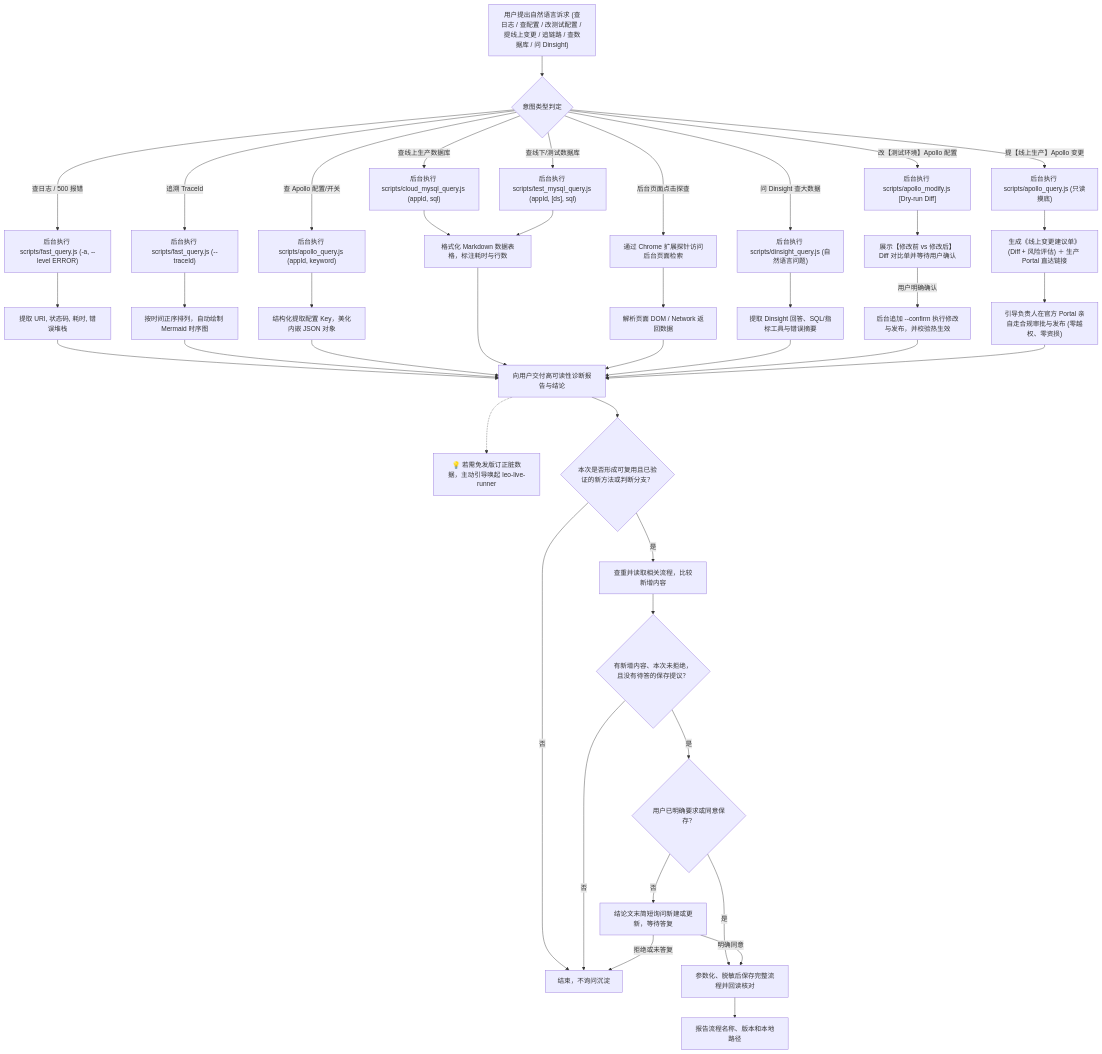
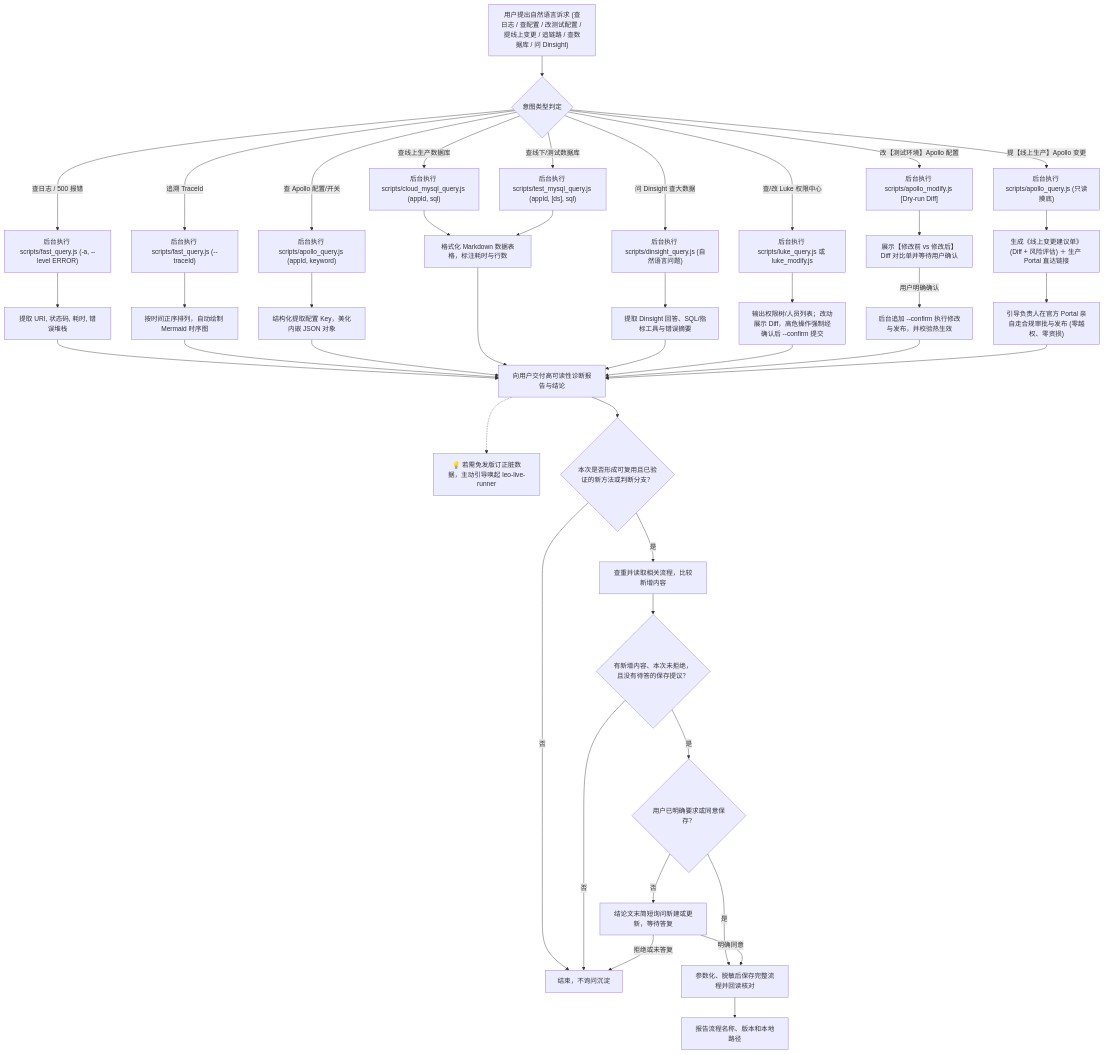
The diagram in skills/leo-live-inspector/SKILL.md (zlpawn/leo-live-runner), drawn with Mermaid before and after one commit. The commit also changed other lines of this file and 2 other files, not shown here.

````diff
--- a/skills/leo-live-inspector/SKILL.md
+++ b/skills/leo-live-inspector/SKILL.md
@@ -121,39 +120,39 @@
 ```mermaid
 flowchart TD
     A["用户提出自然语言诉求 (查日志 / 查配置 / 改测试配置 / 提线上变更 / 追链路 / 查数据库 / 问 Dinsight)"] --> B{"意图类型判定"}
     
     B -->|"查日志 / 500 报错"| C1["后台执行 scripts/fast_query.js (-a, --level ERROR)"]
     B -->|"追溯 TraceId"| C2["后台执行 scripts/fast_query.js (--traceId)"]
     B -->|"查 Apollo 配置/开关"| C3["后台执行 scripts/apollo_query.js (appId, keyword)"]
     B -->|"改【测试环境】Apollo 配置"| C7["后台执行 scripts/apollo_modify.js [Dry-run Diff]"]
     B -->|"提【线上生产】Apollo 变更"| C8["后台执行 scripts/apollo_query.js (只读摸底)"]
     B -->|"查线上生产数据库"| C4["后台执行 scripts/cloud_mysql_query.js (appId, sql)"]
     B -->|"查线下/测试数据库"| C5["后台执行 scripts/test_mysql_query.js (appId, [ds], sql)"]
     B -->|"问 Dinsight 查大数据"| C9["后台执行 scripts/dinsight_query.js (自然语言问题)"]
-    B -->|"后台页面点击探查"| C6["通过 Chrome 扩展探针访问后台页面检索"]
+    B -->|"查/改 Luke 权限中心"| C10["后台执行 scripts/luke_query.js 或 luke_modify.js"]
 
     C1 --> D1["提取 URI, 状态码, 耗时, 错误堆栈"]
     C2 --> D2["按时间正序排列，自动绘制 Mermaid 时序图"]
     C3 --> D3["结构化提取配置 Key，美化内嵌 JSON 对象"]
     C7 --> D7["展示【修改前 vs 修改后】Diff 对比单并等待用户确认"]
     D7 -->|用户明确确认| E7["后台追加 --confirm 执行修改与发布，并校验热生效"]
     C8 --> D8["生成《线上变更建议单》(Diff + 风险评估) ＋ 生产 Portal 直达链接"]
     D8 --> E8["引导负责人在官方 Portal 亲自走合规审批与发布 (零越权、零资损)"]
     C4 & C5 --> D4["格式化 Markdown 数据表格，标注耗时与行数"]
     C9 --> D9["提取 Dinsight 回答、SQL/指标工具与错误摘要"]
-    C6 --> D5["解析页面 DOM / Network 返回数据"]
+    C10 --> D10["输出权限树/人员列表；改动展示 Diff，高危操作强制经确认后 --confirm 提交"]
 
-    D1 & D2 & D3 & D4 & D5 & D9 & E7 & E8 --> E["向用户交付高可读性诊断报告与结论"]
+    D1 & D2 & D3 & D4 & D9 & D10 & E7 & E8 --> E["向用户交付高可读性诊断报告与结论"]
     E -.-> F["💡 若需免发版订正脏数据，主动引导唤起 leo-live-runner"]
     E --> G{"本次是否形成可复用且已验证的新方法或判断分支？"}
     G -->|否| Z["结束，不询问沉淀"]
     G -->|是| H["查重并读取相关流程，比较新增内容"]
     H --> I{"有新增内容、本次未拒绝，且没有待答的保存提议？"}
     I -->|否| Z
     I -->|是| J{"用户已明确要求或同意保存？"}
     J -->|否| K["结论文末简短询问新建或更新，等待答复"]
     J -->|是| L["参数化、脱敏后保存完整流程并回读核对"]
     K -->|明确同意| L
     K -->|拒绝或未答复| Z
     L --> M["报告流程名称、版本和本地路径"]
 ```
````
